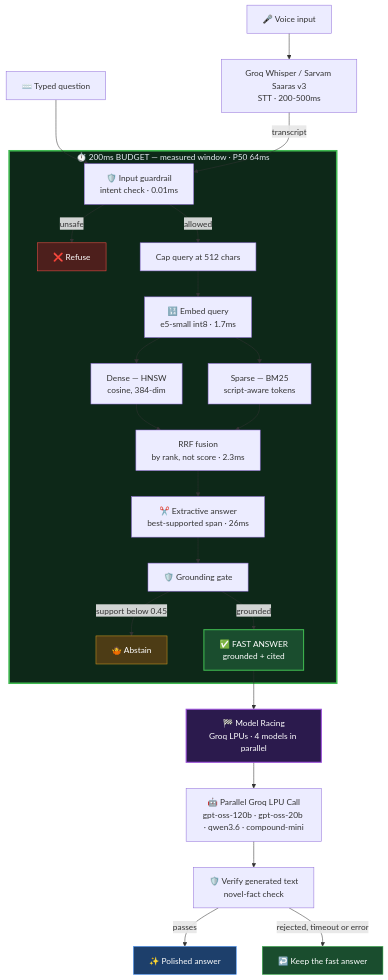
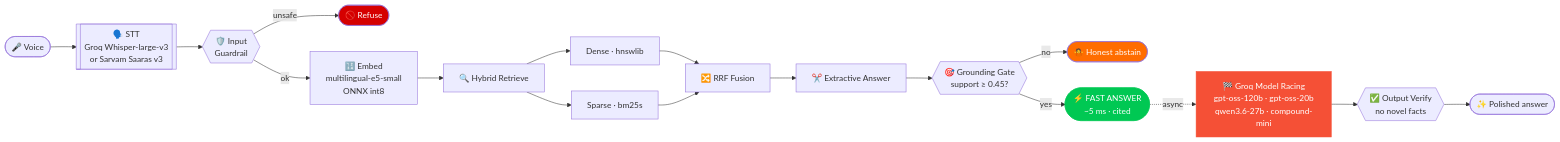
One commit to manishchandraraturi/voice-rag changed the first of 3 diagrams in README.md. Above: the diagram before and after it, drawn with Mermaid. The commit also changed other lines of this file, not shown here.

````diff
--- a/README.md
+++ b/README.md
@@ -74,35 +60,24 @@
 ```mermaid
-flowchart TD
-    A["🎤 Voice input"] --> B["Groq Whisper / Sarvam Saaras v3<br/>STT · 200-500ms"]
-    A2["⌨️ Typed question"] --> G1
-    B -->|transcript| G1
+flowchart LR
+    A([🎤 Voice]) --> B[["🗣️ STT<br/>Groq Whisper-large-v3<br/>or Sarvam Saaras v3"]]
+    B --> C{{"🛡️ Input<br/>Guardrail"}}
+    C -- unsafe --> X([🚫 Refuse])
+    C -- ok --> D["🔢 Embed<br/>multilingual-e5-small<br/>ONNX int8"]
+    D --> E["🔍 Hybrid Retrieve"]
+    E --> E1["Dense · hnswlib"]
+    E --> E2["Sparse · bm25s"]
+    E1 --> F["🔀 RRF Fusion"]
+    E2 --> F
+    F --> G["✂️ Extractive Answer"]
+    G --> H{{"🎯 Grounding Gate<br/>support ≥ 0.45?"}}
+    H -- no --> Y([🤷 Honest abstain])
+    H -- yes --> I(["⚡ FAST ANSWER<br/>~5 ms · cited"])
+    I -. async .-> J["🏁 Groq Model Racing<br/>gpt-oss-120b · gpt-oss-20b<br/>qwen3.6-27b · compound-mini"]
+    J --> K{{"✅ Output Verify<br/>no novel facts"}}
+    K --> L(["✨ Polished answer"])
 
-    subgraph BUDGET["⏱️ 200ms BUDGET — measured window · P50 64ms"]
-        G1["🛡️ Input guardrail<br/>intent check · 0.01ms"]
-        G1 -->|unsafe| REFUSE["❌ Refuse"]
-        G1 -->|allowed| CAP["Cap query at 512 chars"]
-        CAP --> EMB["🔢 Embed query<br/>e5-small int8 · 1.7ms"]
-        EMB --> DENSE["Dense — HNSW<br/>cosine, 384-dim"]
-        EMB --> SPARSE["Sparse — BM25<br/>script-aware tokens"]
-        DENSE --> RRF["RRF fusion<br/>by rank, not score · 2.3ms"]
-        SPARSE --> RRF
-        RRF --> EXT["✂️ Extractive answer<br/>best-supported span · 26ms"]
-        EXT --> G2["🛡️ Grounding gate"]
-        G2 -->|"support below 0.45"| ABS["🤷 Abstain"]
-        G2 -->|grounded| FAST["✅ FAST ANSWER<br/>grounded + cited"]
-    end
-
-    FAST --> RACE["🏁 Model Racing<br/>Groq LPUs · 4 models in parallel"]
-    RACE --> LLM["🤖 Parallel Groq LPU Call<br/>gpt-oss-120b · gpt-oss-20b · qwen3.6 · compound-mini"]
-    LLM --> VER["🛡️ Verify generated text<br/>novel-fact check"]
-    VER -->|passes| FINAL["✨ Polished answer"]
-    VER -->|"rejected, timeout or error"| KEEP["↩️ Keep the fast answer"]
-
-    style BUDGET fill:#0d2818,stroke:#3fb950,stroke-width:3px,color:#e6edf3
-    style FAST fill:#1a4d2e,stroke:#3fb950,stroke-width:2px,color:#ffffff
-    style RACE fill:#2b1a4d,stroke:#9d4edd,stroke-width:2px,color:#ffffff
-    style FINAL fill:#1d3f6b,stroke:#4c9aff,color:#ffffff
-    style KEEP fill:#1a4d2e,stroke:#3fb950,color:#ffffff
-    style REFUSE fill:#4d1f1c,stroke:#f85149,color:#ffffff
-    style ABS fill:#4d3c15,stroke:#d29922,color:#ffffff
+    style I fill:#00c853,color:#fff,stroke:#00c853
+    style J fill:#F55036,color:#fff,stroke:#F55036
+    style X fill:#d50000,color:#fff
+    style Y fill:#ff6d00,color:#fff
 ```
````
